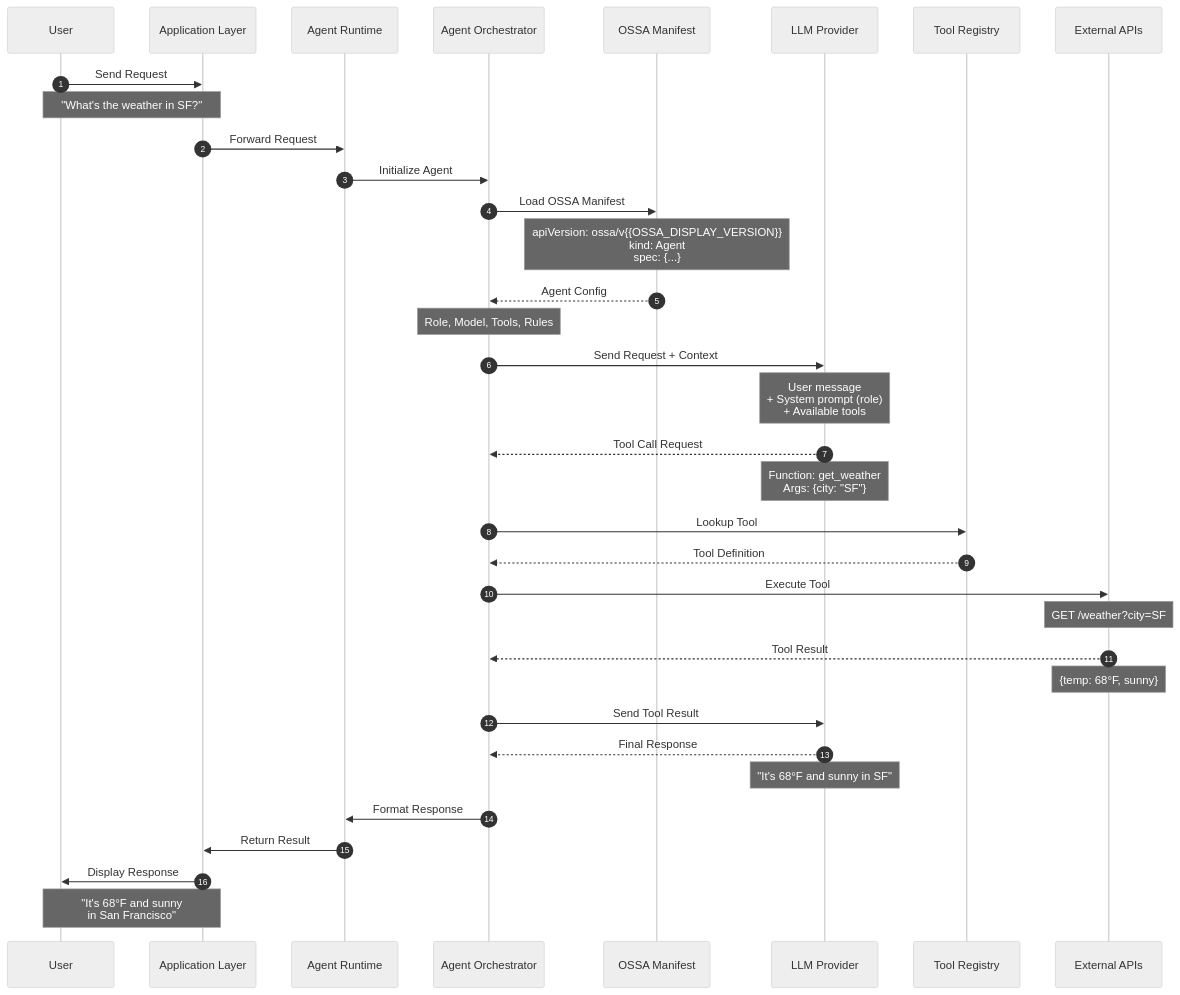
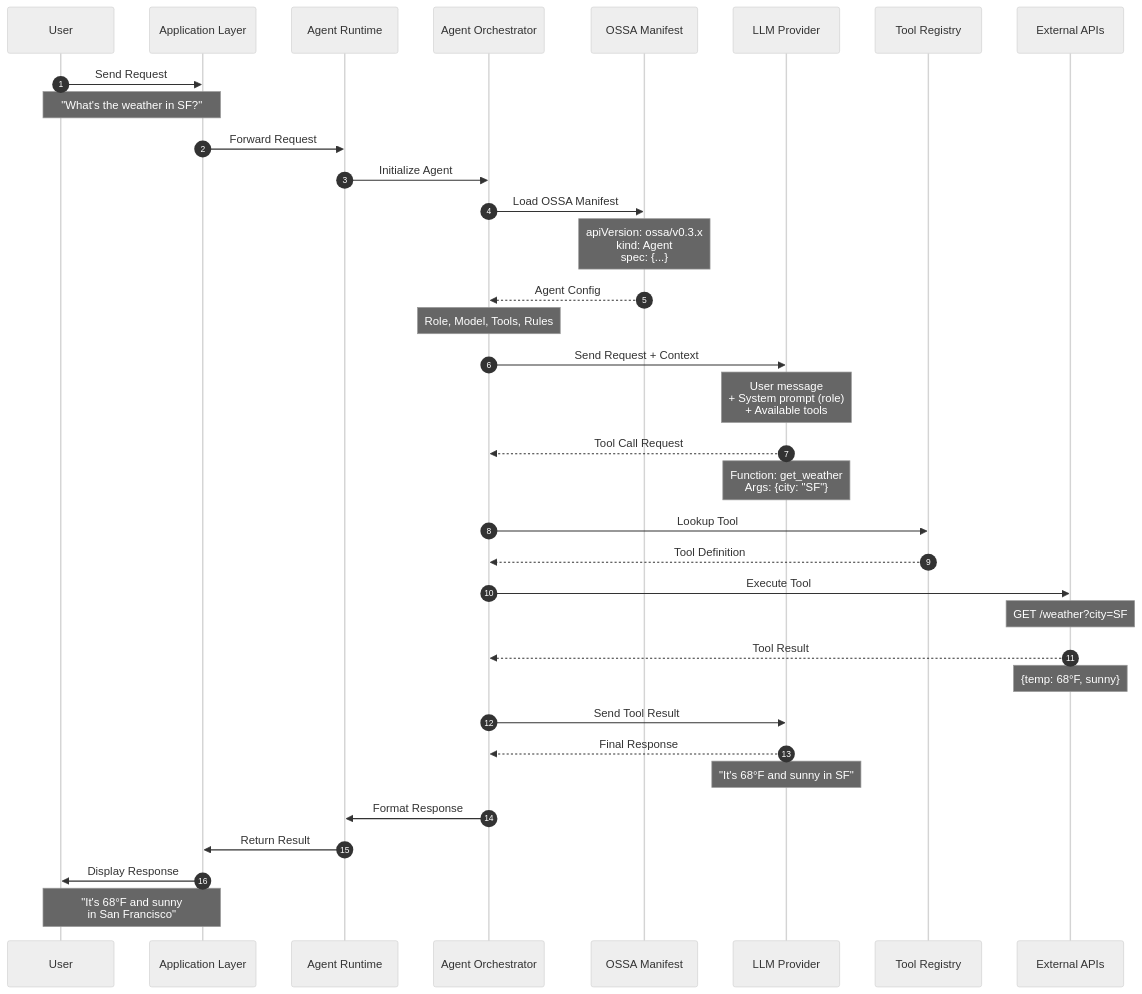
The first of 4 diagrams in website/content/docs/architecture/execution-flow.md (blueflyio/openstandardagents), drawn with Mermaid (neutral theme) before and after one commit. The commit also changed other lines of this file and 56 other files, not shown here.

````diff
--- a/website/content/docs/architecture/execution-flow.md
+++ b/website/content/docs/architecture/execution-flow.md
@@ -20,48 +20,48 @@
 ```mermaid
 sequenceDiagram
     autonumber
     participant User
     participant App as Application Layer
     participant Runtime as Agent Runtime
     participant Orchestrator as Agent Orchestrator
     participant Manifest as OSSA Manifest
     participant LLM as LLM Provider
     participant Tools as Tool Registry
     participant API as External APIs
 
     User->>App: Send Request
     Note over User,App: "What's the weather in SF?"
 
     App->>Runtime: Forward Request
     Runtime->>Orchestrator: Initialize Agent
 
     Orchestrator->>Manifest: Load OSSA Manifest
-    Note over Manifest: apiVersion: ossa/v{{OSSA_DISPLAY_VERSION}}<br/>kind: Agent<br/>spec: {...}
+    Note over Manifest: apiVersion: ossa/v0.3.x<br/>kind: Agent<br/>spec: {...}
 
     Manifest-->>Orchestrator: Agent Config
     Note over Orchestrator: Role, Model, Tools, Rules
 
     Orchestrator->>LLM: Send Request + Context
     Note over LLM: User message<br/>+ System prompt (role)<br/>+ Available tools
 
     LLM-->>Orchestrator: Tool Call Request
     Note over LLM: Function: get_weather<br/>Args: {city: "SF"}
 
     Orchestrator->>Tools: Lookup Tool
     Tools-->>Orchestrator: Tool Definition
 
     Orchestrator->>API: Execute Tool
     Note over API: GET /weather?city=SF
 
     API-->>Orchestrator: Tool Result
     Note over API: {temp: 68°F, sunny}
 
     Orchestrator->>LLM: Send Tool Result
     LLM-->>Orchestrator: Final Response
     Note over LLM: "It's 68°F and sunny in SF"
 
     Orchestrator->>Runtime: Format Response
     Runtime->>App: Return Result
     App->>User: Display Response
     Note over User,App: "It's 68°F and sunny<br/>in San Francisco"
 ```
````
